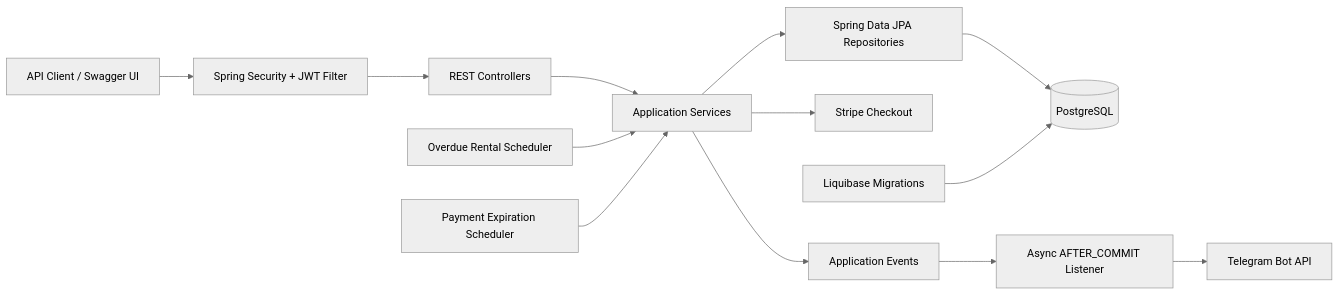
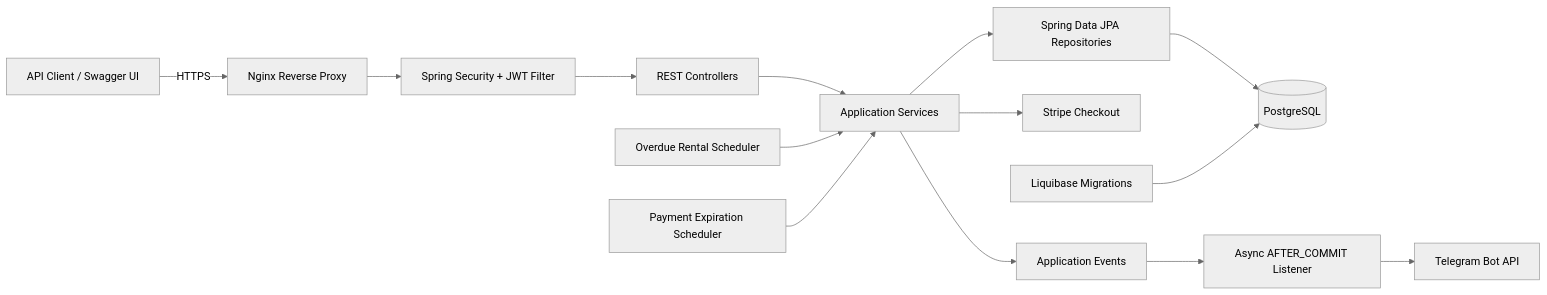
One commit to Krupkolllia/car-sharing-app changed the first of 2 diagrams in README.md. Above: the diagram before and after it, drawn with Mermaid (neutral theme). The commit also changed other lines of this file, not shown here.

````diff
--- a/README.md
+++ b/README.md
@@ -38,17 +41,18 @@
 ```mermaid
 flowchart LR
-    Client[API Client / Swagger UI] --> Security[Spring Security + JWT Filter]
+    Client[API Client / Swagger UI] -->|HTTPS| Nginx[Nginx Reverse Proxy]
+    Nginx --> Security[Spring Security + JWT Filter]
     Security --> Controllers[REST Controllers]
     Controllers --> Services[Application Services]
     Services --> Repositories[Spring Data JPA Repositories]
     Repositories --> Database[(PostgreSQL)]
 
     Services --> Stripe[Stripe Checkout]
     Services --> Events[Application Events]
     Events --> Listener[Async AFTER_COMMIT Listener]
     Listener --> Telegram[Telegram Bot API]
 
     RentalScheduler[Overdue Rental Scheduler] --> Services
     PaymentScheduler[Payment Expiration Scheduler] --> Services
     Liquibase[Liquibase Migrations] --> Database
 ```
````
